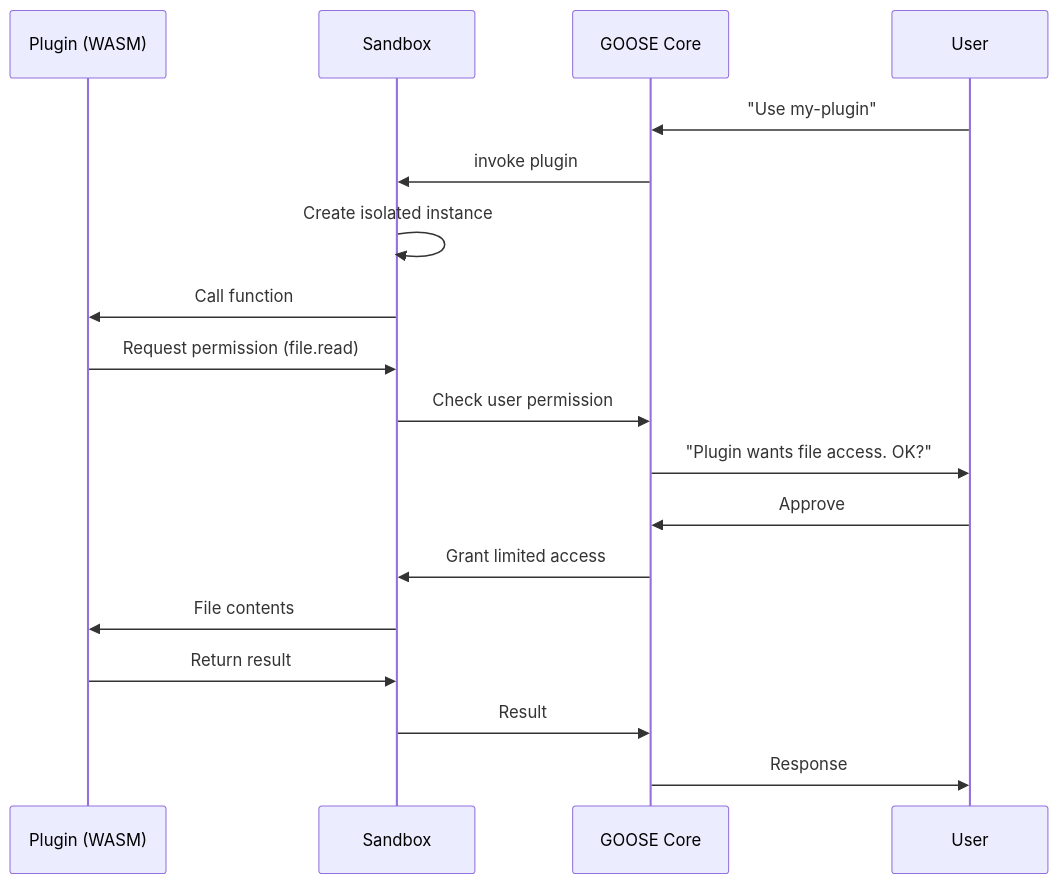
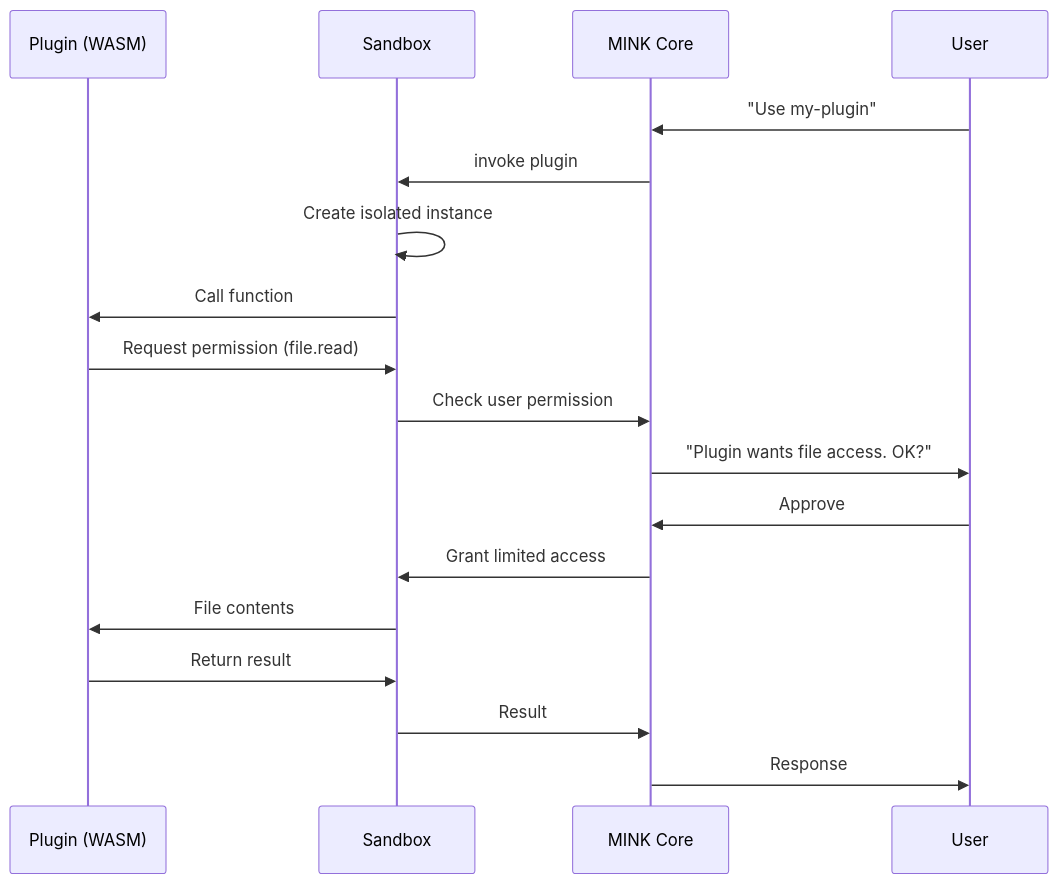
The second of 3 diagrams in .moai/project/ecosystem.md (modu-ai/mink), drawn with Mermaid before and after one commit. The commit also changed other lines of this file and 9 other files, not shown here.

````diff
--- a/.moai/project/ecosystem.md
+++ b/.moai/project/ecosystem.md
@@ -463,21 +463,21 @@
 ```mermaid
 sequenceDiagram
     participant P as Plugin (WASM)
     participant S as Sandbox
-    participant G as GOOSE Core
+    participant G as MINK Core
     participant U as User
     
     U->>G: "Use my-plugin"
     G->>S: invoke plugin
     S->>S: Create isolated instance
     S->>P: Call function
     P->>S: Request permission (file.read)
     S->>G: Check user permission
     G->>U: "Plugin wants file access. OK?"
     U->>G: Approve
     G->>S: Grant limited access
     S->>P: File contents
     P->>S: Return result
     S->>G: Result
     G->>U: Response
 ```
````
